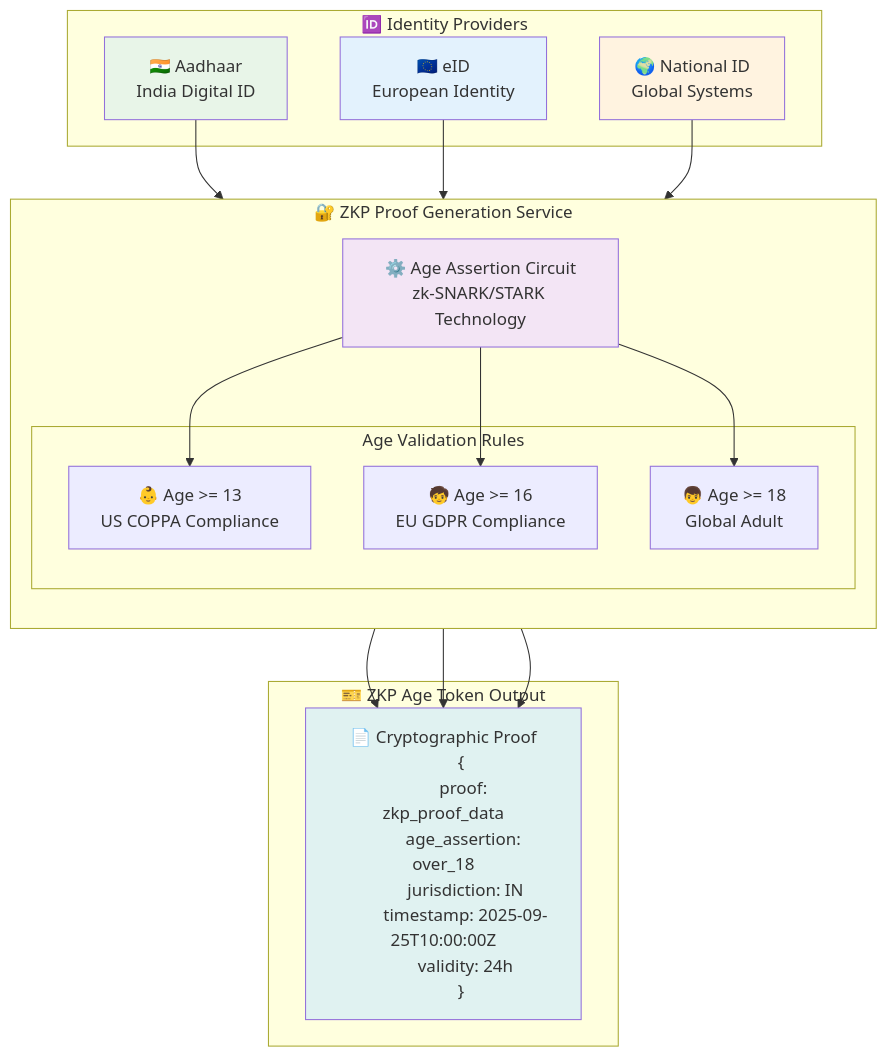
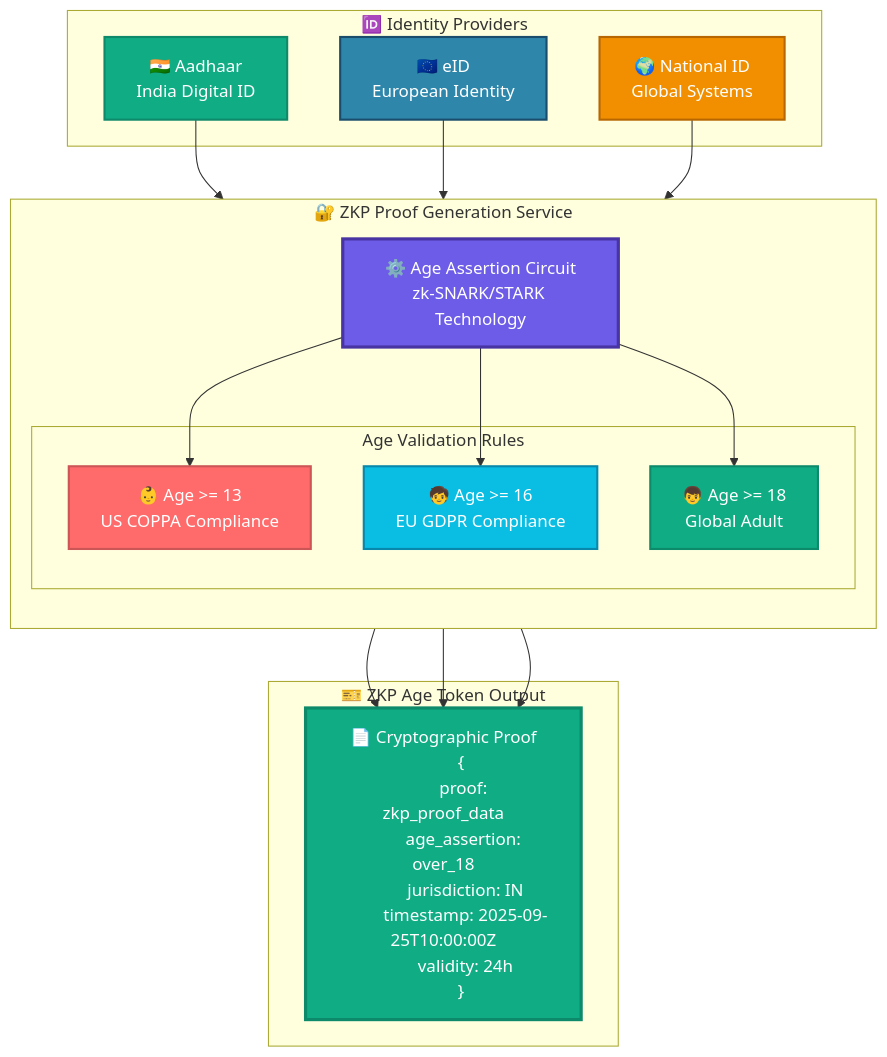
Before and after one commit to gitmujoshi/ai-curation-engine-cursor-generated: the second of 13 diagrams in docs/architecture/AI_Curation_Engine_Architecture.md, drawn with Mermaid. The commit also changed other lines of this file and 8 other files, not shown here.

First line of the commit message:
Improve architecture diagrams with professional styling and color schemes

````diff
--- a/docs/architecture/AI_Curation_Engine_Architecture.md
+++ b/docs/architecture/AI_Curation_Engine_Architecture.md
@@ -191,55 +204,59 @@
 ```mermaid
 flowchart TD
     subgraph "🆔 Identity Providers"
         AADHAAR[🇮🇳 Aadhaar
 India Digital ID]
         EID[🇪🇺 eID
 European Identity]
         NATIONAL[🌍 National ID
 Global Systems]
     end
     
     subgraph "🔐 ZKP Proof Generation Service"
         direction TB
         CIRCUIT[⚙️ Age Assertion Circuit
 zk-SNARK/STARK Technology]
         
         subgraph "Age Validation Rules"
             COPPA[👶 Age >= 13
 US COPPA Compliance]
             GDPR[🧒 Age >= 16
 EU GDPR Compliance] 
             GLOBAL[👦 Age >= 18
 Global Adult]
         end
         
         CIRCUIT --> COPPA
         CIRCUIT --> GDPR
         CIRCUIT --> GLOBAL
     end
     
     subgraph "🎫 ZKP Age Token Output"
         TOKEN["📄 Cryptographic Proof
         {
           proof: zkp_proof_data
           age_assertion: over_18
           jurisdiction: IN
           timestamp: 2025-09-25T10:00:00Z
           validity: 24h
         }"]
     end
     
     AADHAAR --> CIRCUIT
     EID --> CIRCUIT
     NATIONAL --> CIRCUIT
     
     COPPA --> TOKEN
     GDPR --> TOKEN
     GLOBAL --> TOKEN
     
-    style AADHAAR fill:#e8f5e8
-    style EID fill:#e3f2fd
-    style NATIONAL fill:#fff3e0
-    style CIRCUIT fill:#f3e5f5
-    style TOKEN fill:#e0f2f1
+    %% Professional identity and ZKP color scheme
+    style AADHAAR fill:#10AC84,stroke:#0D8A6A,stroke-width:2px,color:#fff
+    style EID fill:#2E86AB,stroke:#1A4D6B,stroke-width:2px,color:#fff
+    style NATIONAL fill:#F18F01,stroke:#B86700,stroke-width:2px,color:#fff
+    style CIRCUIT fill:#6C5CE7,stroke:#4834A3,stroke-width:3px,color:#fff
+    style COPPA fill:#FF6B6B,stroke:#CC5555,stroke-width:2px,color:#fff
+    style GDPR fill:#0ABDE3,stroke:#0888AB,stroke-width:2px,color:#fff
+    style GLOBAL fill:#10AC84,stroke:#0D8A6A,stroke-width:2px,color:#fff
+    style TOKEN fill:#10AC84,stroke:#0D8A6A,stroke-width:3px,color:#fff
 ```
````
